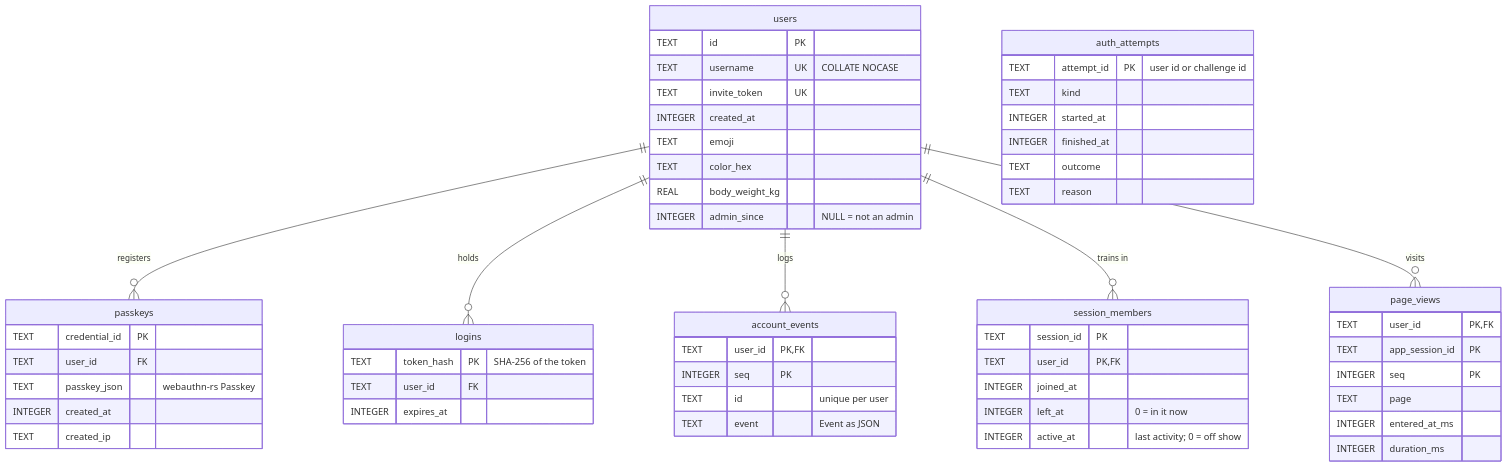
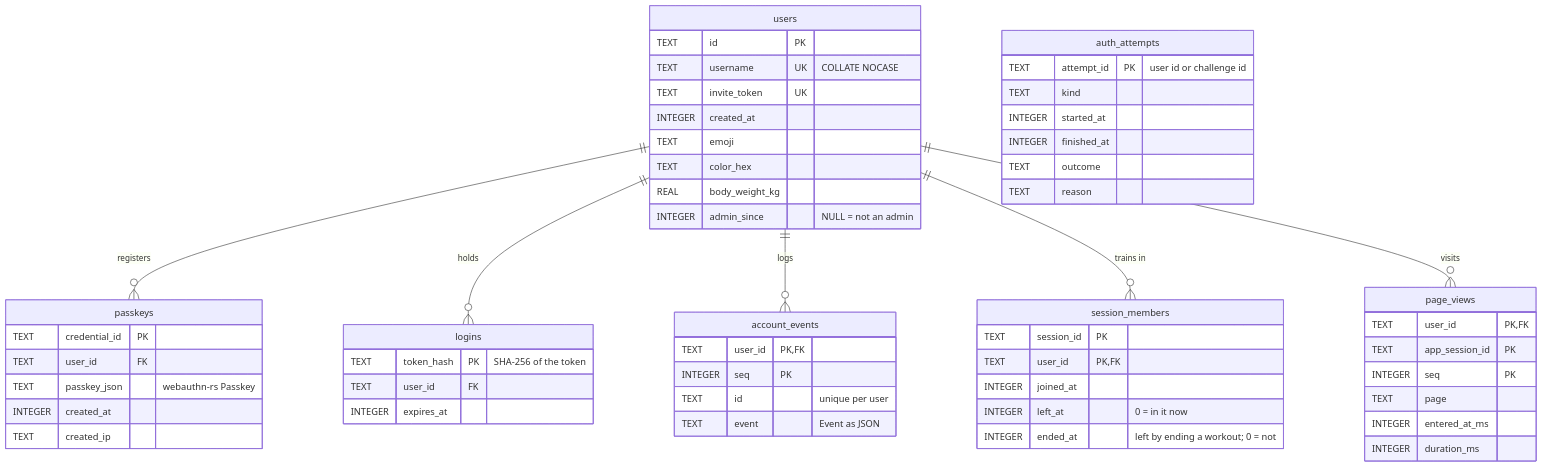
Before and after one commit to brensch/lift: the third of 3 diagrams in docs/architecture/data-model.md, drawn with Mermaid. The commit also changed other lines of this file and 68 other files, not shown here.

````diff
--- a/docs/architecture/data-model.md
+++ b/docs/architecture/data-model.md
@@ -213,60 +212,60 @@
 ```mermaid
 erDiagram
     users ||--o{ passkeys : "registers"
     users ||--o{ logins : "holds"
     users ||--o{ account_events : "logs"
     users ||--o{ session_members : "trains in"
     users ||--o{ page_views : "visits"
 
     users {
         TEXT id PK
         TEXT username UK "COLLATE NOCASE"
         TEXT invite_token UK
         INTEGER created_at
         TEXT emoji
         TEXT color_hex
         REAL body_weight_kg
         INTEGER admin_since "NULL = not an admin"
     }
     passkeys {
         TEXT credential_id PK
         TEXT user_id FK
         TEXT passkey_json "webauthn-rs Passkey"
         INTEGER created_at
         TEXT created_ip
     }
     logins {
         TEXT token_hash PK "SHA-256 of the token"
         TEXT user_id FK
         INTEGER expires_at
     }
     account_events {
         TEXT user_id PK, FK
         INTEGER seq PK
         TEXT id "unique per user"
         TEXT event "Event as JSON"
     }
     session_members {
         TEXT session_id PK
         TEXT user_id PK, FK
         INTEGER joined_at
         INTEGER left_at "0 = in it now"
-        INTEGER active_at "last activity; 0 = off show"
+        INTEGER ended_at "left by ending a workout; 0 = not"
     }
     page_views {
         TEXT user_id PK, FK
         TEXT app_session_id PK
         INTEGER seq PK
         TEXT page
         INTEGER entered_at_ms
         INTEGER duration_ms
     }
     auth_attempts {
         TEXT attempt_id PK "user id or challenge id"
         TEXT kind
         INTEGER started_at
         INTEGER finished_at
         TEXT outcome
         TEXT reason
     }
 ```
````
